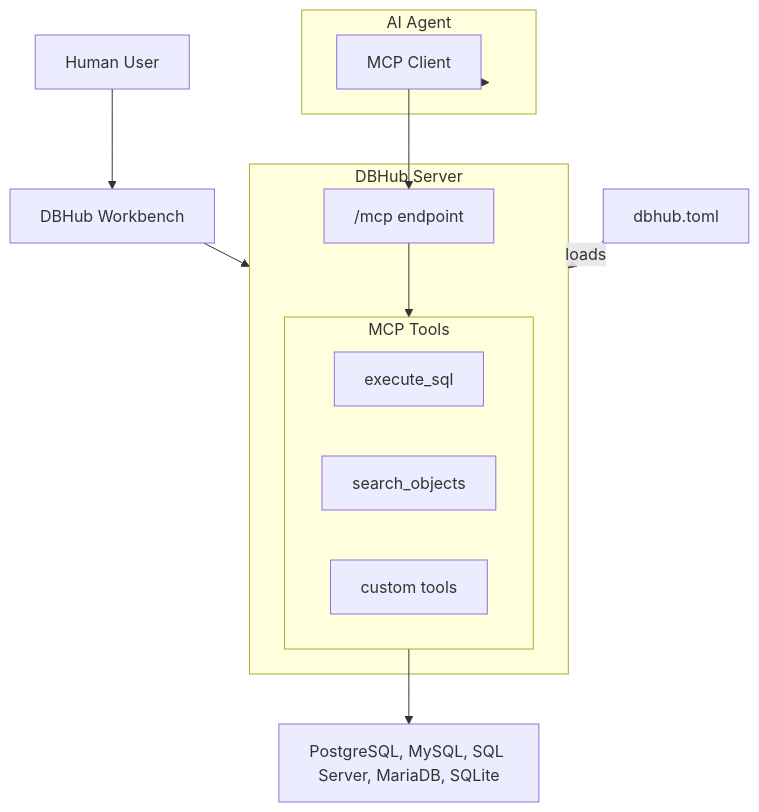
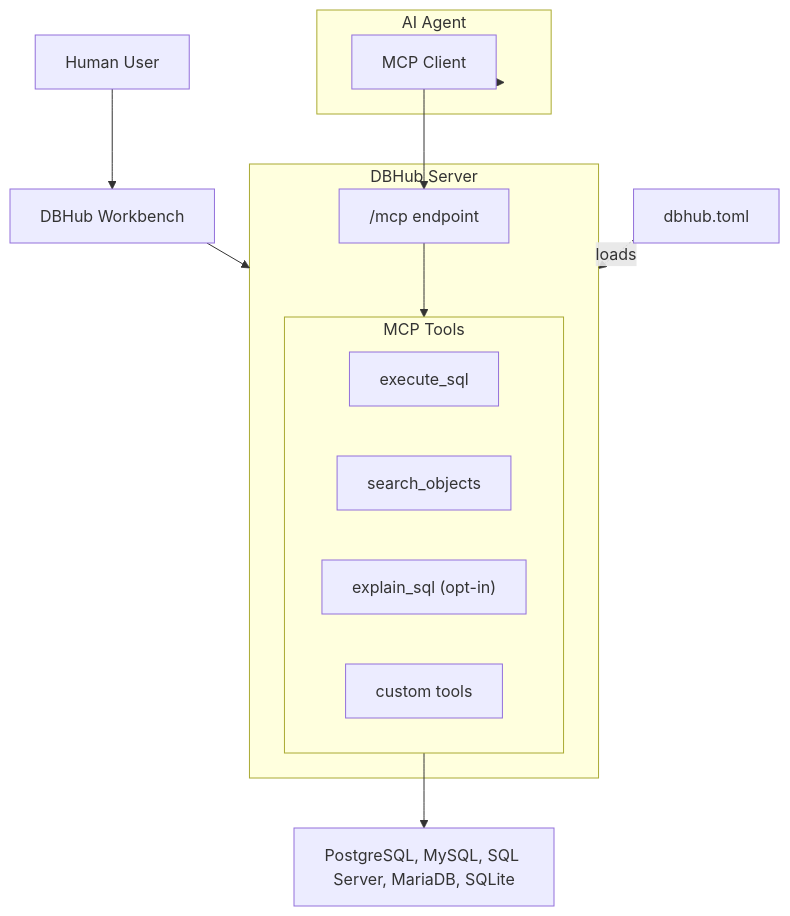
One commit to bytebase/dbhub changed the diagram in docs/index.mdx. Above: the diagram before and after it, drawn with Mermaid. The commit also changed other lines of this file and 7 other files, not shown here.

First line of the commit message:
docs: fill remaining explain_sql doc gaps

````diff
--- a/docs/index.mdx
+++ b/docs/index.mdx
@@ -65,40 +66,41 @@
 ```mermaid
 flowchart TB
     %% Human User
     User["Human User"]
 
     %% Workbench
     WB["DBHub Workbench"]
 
     %% AI Agent with MCP Client
     subgraph Agent["AI Agent"]
         MC["MCP Client"]
     end
 
     %% Configuration
     Config["dbhub.toml"]
 
     %% DBHub Server
     subgraph DBHub["DBHub Server"]
         MCP["/mcp endpoint"]
         subgraph Tools["MCP Tools"]
             ES["execute_sql"]
             SO["search_objects"]
+            EX["explain_sql (opt-in)"]
             CT["custom tools"]
         end
     end
 
     %% Databases
     Databases["PostgreSQL, MySQL, SQL Server, MariaDB, SQLite"]
 
     %% Connections
     User --> WB
     WB --> DBHub
 
     Agent --> MC
     MC --> MCP
     MCP --> Tools
 
     Config -.->|loads| DBHub
     Tools --> Databases
 ```
````
